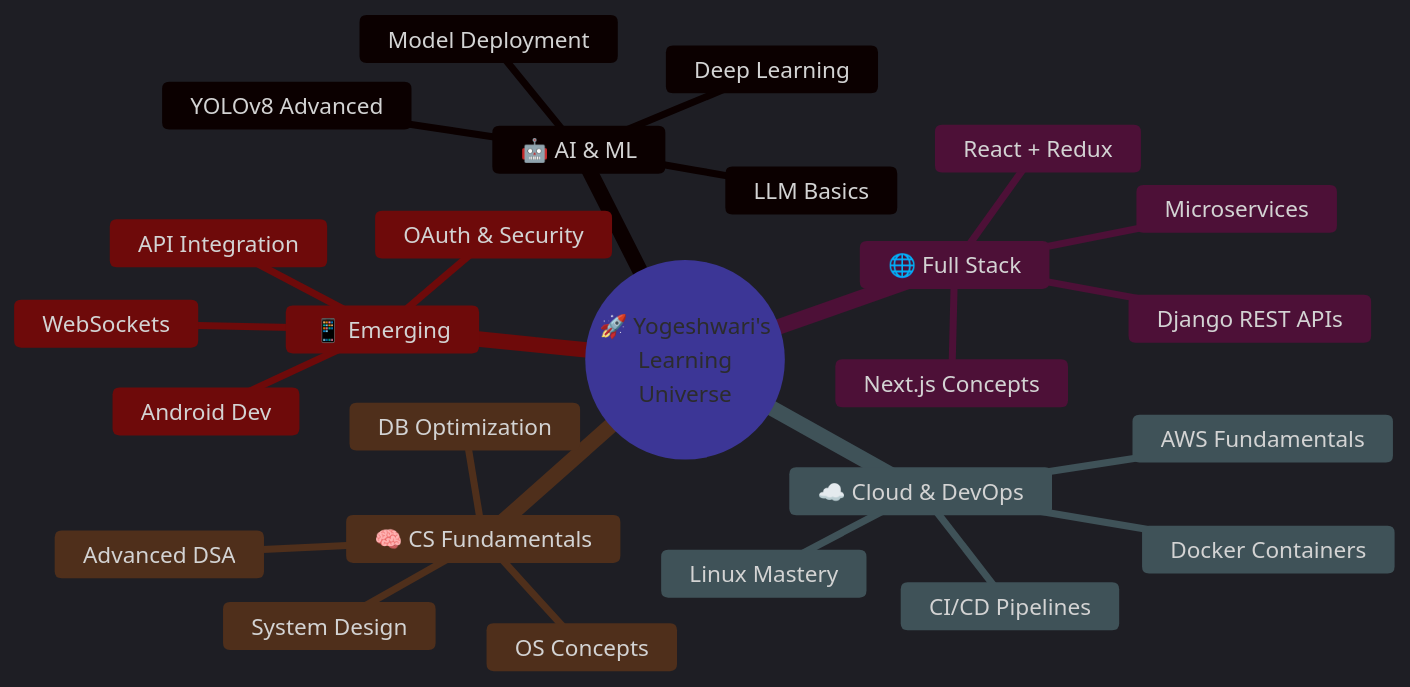
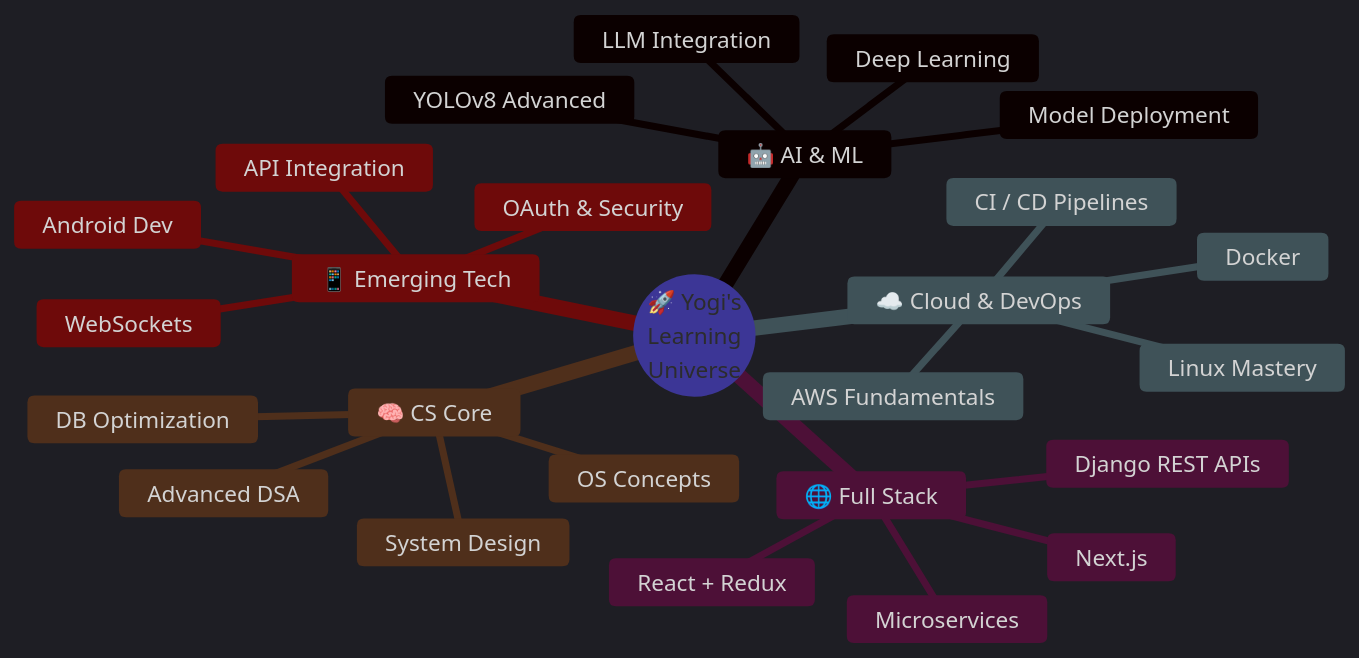
The diagram in README.md (Yogeshwari7887/Yogeshwari7887), drawn with Mermaid before and after one commit. The commit also changed other lines of this file, not shown here.

````diff
--- a/README.md
+++ b/README.md
@@ -399,32 +324,32 @@
 ```mermaid
-%%{init: {'theme': 'dark', 'themeVariables': {'primaryColor': '#7c3aed', 'primaryTextColor': '#e2d9f3', 'primaryBorderColor': '#6d28d9', 'lineColor': '#8b5cf6', 'secondaryColor': '#1e1b4b', 'tertiaryColor': '#0d0b1e'}}}%%
+%%{init: {'theme': 'dark', 'themeVariables': { 'primaryColor': '#7c3aed', 'primaryTextColor': '#f0e6ff', 'primaryBorderColor': '#a855f7', 'lineColor': '#e879f9', 'secondaryColor': '#1e1b4b', 'tertiaryColor': '#0d0b1e' }}}%%
 mindmap
-  root((🚀 Yogeshwari's
+  root((🚀 Yogi's
     Learning
     Universe))
     🤖 AI & ML
       YOLOv8 Advanced
       Deep Learning
       Model Deployment
-      LLM Basics
+      LLM Integration
     🌐 Full Stack
       Django REST APIs
       React + Redux
-      Next.js Concepts
+      Next.js
       Microservices
     ☁️ Cloud & DevOps
-      Docker Containers
-      CI/CD Pipelines
+      Docker
+      CI / CD Pipelines
       AWS Fundamentals
       Linux Mastery
-    🧠 CS Fundamentals
+    🧠 CS Core
       Advanced DSA
       System Design
       DB Optimization
       OS Concepts
-    📱 Emerging
+    📱 Emerging Tech
       Android Dev
-      API Integration
       WebSockets
       OAuth & Security
+      API Integration
 ```
````
